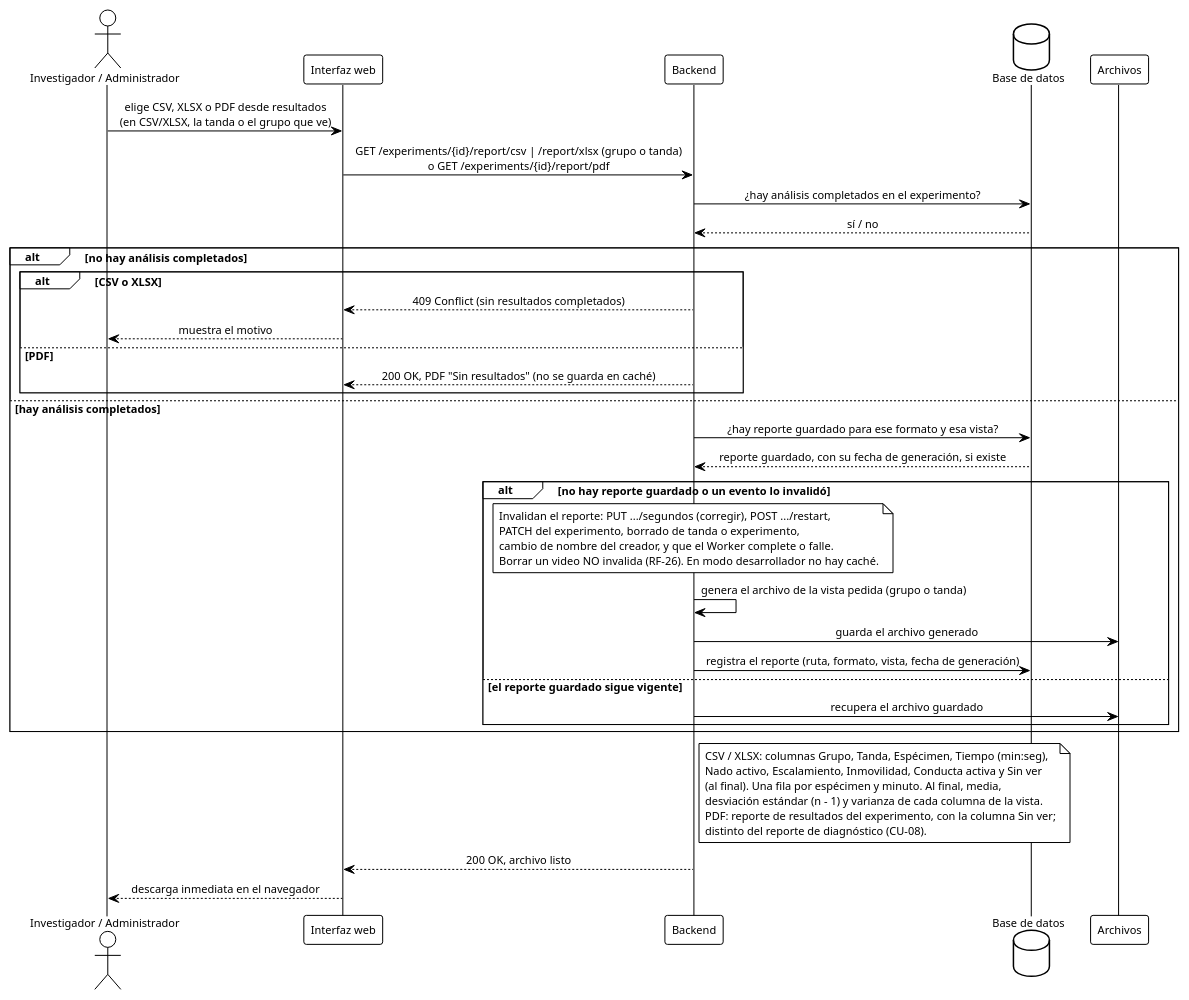
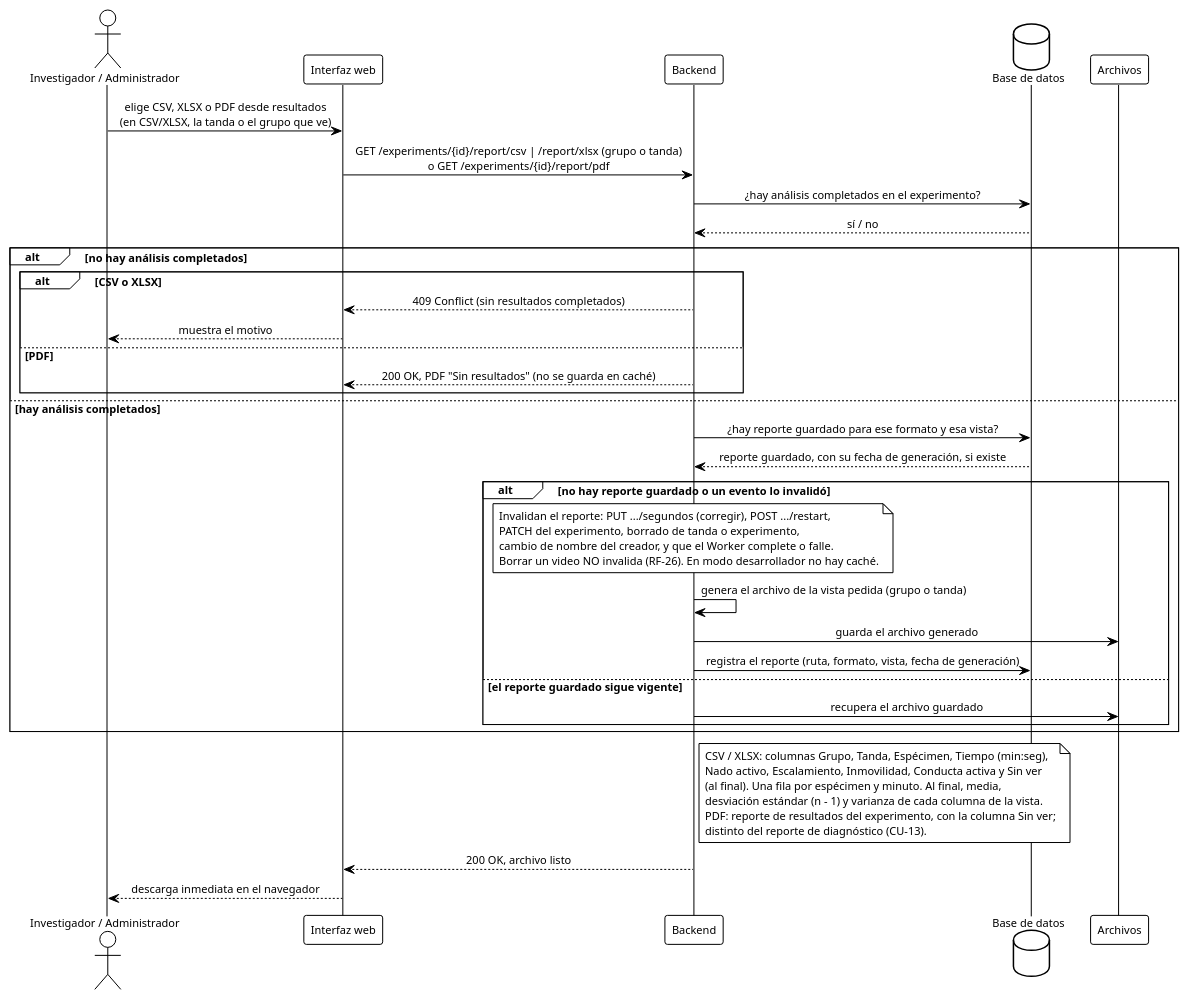
Diagram 37 of 39 in INSTRUCCIONES-WEB.md (ErickJester/fst-ai-system-latex), drawn with PlantUML before and after one commit. The commit also changed other lines of this file and 433 other files, not shown here.

````diff
--- a/INSTRUCCIONES-WEB.md
+++ b/INSTRUCCIONES-WEB.md
@@ -3332,57 +3332,57 @@
 ```plantuml
 @startuml seq_descarga_reportes
 !theme plain
 skinparam defaultFontName Arial
 skinparam defaultFontSize 11
 skinparam shadowing false
 skinparam sequenceMessageAlign center
 skinparam BoxPadding 10
 actor "Investigador / Administrador" as inv
 participant "Interfaz web" as ui
 participant Backend as api
 database "Base de datos" as db
 participant "Archivos" as fs
 
 inv -> ui: elige CSV, XLSX o PDF desde resultados\n(en CSV/XLSX, la tanda o el grupo que ve)
 ui -> api: GET /experiments/{id}/report/csv | /report/xlsx (grupo o tanda)\no GET /experiments/{id}/report/pdf
 api -> db: ¿hay análisis completados en el experimento?
 db --> api: sí / no
 
 alt no hay análisis completados
   alt CSV o XLSX
     api --> ui: 409 Conflict (sin resultados completados)
     ui --> inv: muestra el motivo
   else PDF
     api --> ui: 200 OK, PDF "Sin resultados" (no se guarda en caché)
   end
 else hay análisis completados
   api -> db: ¿hay reporte guardado para ese formato y esa vista?
   db --> api: reporte guardado, con su fecha de generación, si existe
   alt no hay reporte guardado o un evento lo invalidó
     note over api
       Invalidan el reporte: PUT .../segundos (corregir), POST .../restart,
       PATCH del experimento, borrado de tanda o experimento,
       cambio de nombre del creador, y que el Worker complete o falle.
       Borrar un video NO invalida (RF-26). En modo desarrollador no hay caché.
     end note
     api -> api: genera el archivo de la vista pedida (grupo o tanda)
     api -> fs: guarda el archivo generado
     api -> db: registra el reporte (ruta, formato, vista, fecha de generación)
   else el reporte guardado sigue vigente
     api -> fs: recupera el archivo guardado
   end
 end
 
 note right of api
   CSV / XLSX: columnas Grupo, Tanda, Espécimen, Tiempo (min:seg),
   Nado activo, Escalamiento, Inmovilidad, Conducta activa y Sin ver
   (al final). Una fila por espécimen y minuto. Al final, media,
   desviación estándar (n - 1) y varianza de cada columna de la vista.
   PDF: reporte de resultados del experimento, con la columna Sin ver;
-  distinto del reporte de diagnóstico (CU-08).
+  distinto del reporte de diagnóstico (CU-13).
 end note
 
 api --> ui: 200 OK, archivo listo
 ui --> inv: descarga inmediata en el navegador
 @enduml
 ```
````
